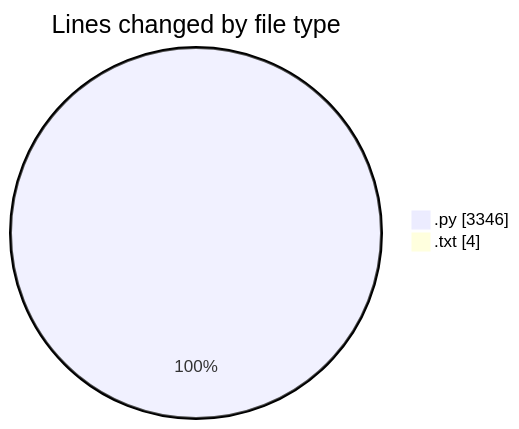
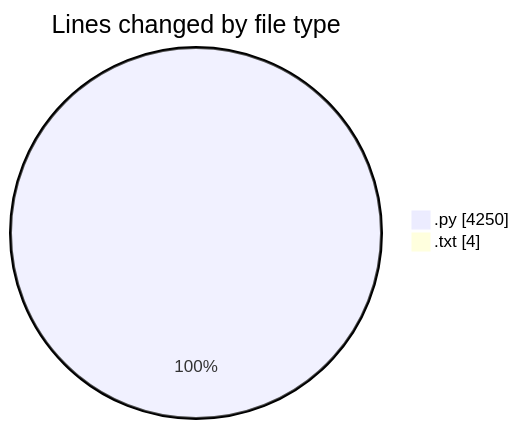
The first of 2 diagrams in 2025-06-01/video_app/README.md (CELIANVF/code-tracking), drawn with Mermaid before and after one commit. The commit also changed other lines of this file and 1 other file, not shown here.

````diff
--- a/2025-06-01/video_app/README.md
+++ b/2025-06-01/video_app/README.md
@@ -28,6 +28,6 @@
 ```mermaid
 pie showData
 title Lines changed by file type
-".py" : 3346
+".py" : 4250
 ".txt" : 4
 ```
````
